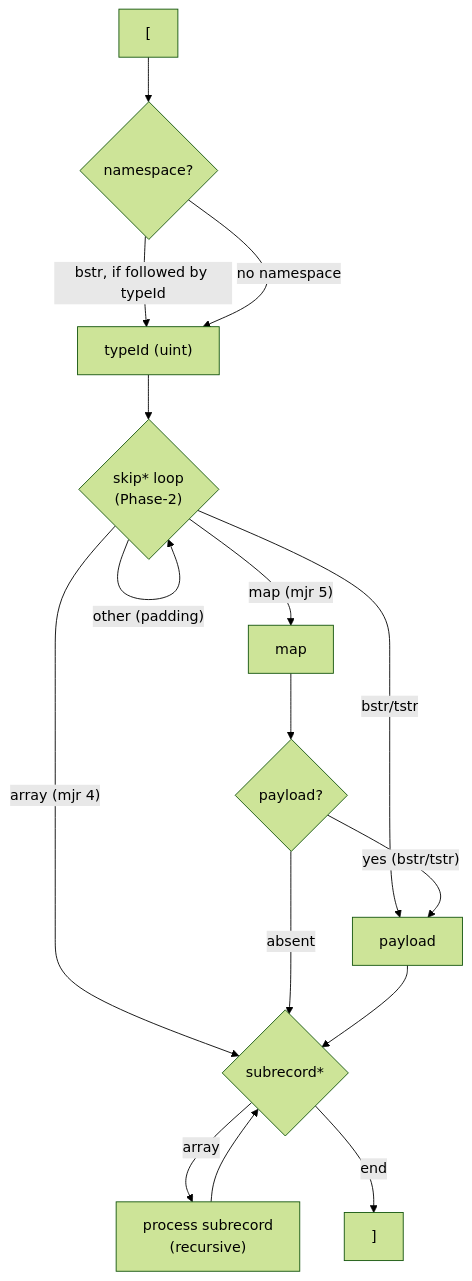
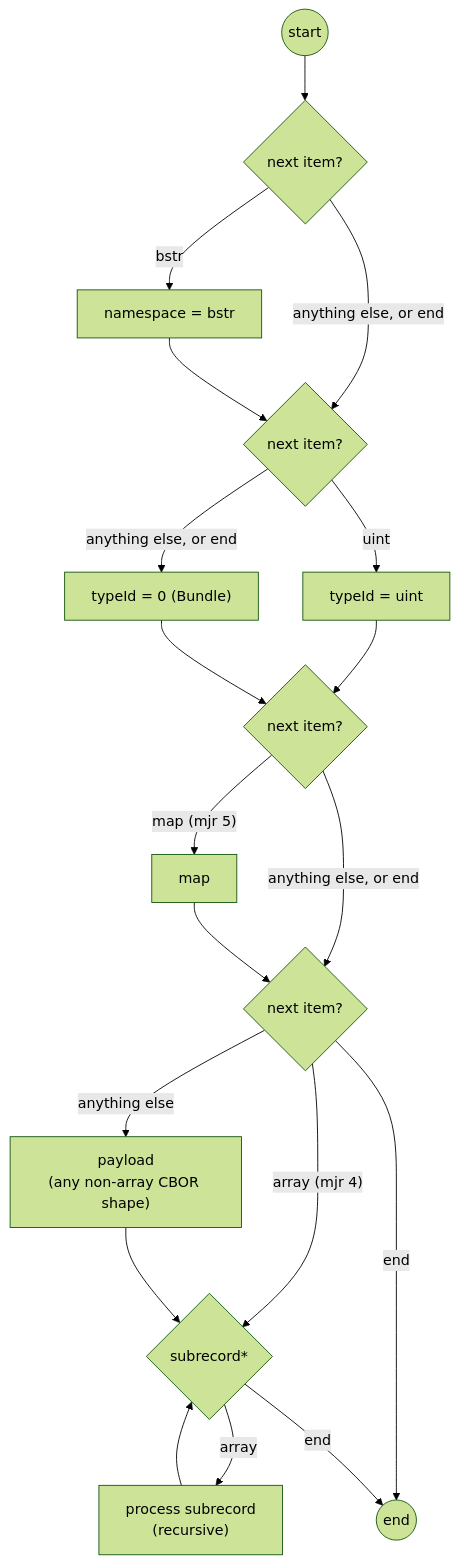
Before and after one commit to mofosyne/tagdrop: the diagram in QDEF-SPEC-cached.md, drawn with Mermaid (forest theme). The commit also changed other lines of this file and 4 other files, not shown here.

````diff
--- a/QDEF-SPEC-cached.md
+++ b/QDEF-SPEC-cached.md
@@ -204,21 +214,26 @@
 ```mermaid
 flowchart TD
-    Start["["] --> ns{"namespace?"}
-    ns -->|"bstr, if followed by typeId"| typeId["typeId (uint)"]
-    ns -->|"no namespace"| typeId
+    Start(("start")) --> ns{"next item?"}
+    ns -->|"bstr"| typeId["namespace = bstr"]
+    ns -->|"anything else, or end"| typeIdCheck
 
-    typeId --> skip{"skip* loop<br/>(Phase-2)"}
-    skip -->|"map (mjr 5)"| map["map"]
-    skip -->|"bstr/tstr"| payload["payload"]
-    skip -->|"array (mjr 4)"| subrecords
-    skip -->|"other (padding)"| skip
+    typeId --> typeIdCheck{"next item?"}
+    typeIdCheck -->|"uint"| typeIdFound["typeId = uint"]
+    typeIdCheck -->|"anything else, or end"| default["typeId = 0 (Bundle)"]
 
-    map --> afterMap{"payload?"}
-    afterMap -->|"yes (bstr/tstr)"| payload
-    afterMap -->|"absent"| subrecords
+    typeIdFound --> checkMap{"next item?"}
+    default --> checkMap
+
+    checkMap -->|"map (mjr 5)"| map["map"]
+    checkMap -->|"anything else, or end"| afterMap
+
+    map --> afterMap{"next item?"}
+    afterMap -->|"array (mjr 4)"| subrecords
+    afterMap -->|"anything else"| payload["payload<br/>(any non-array CBOR shape)"]
+    afterMap -->|"end"| End(("end"))
     payload --> subrecords
 
     subrecords{"subrecord*"} -->|"array"| process["process subrecord<br/>(recursive)"]
     process --> subrecords
-    subrecords -->|"end"| End["]"]
+    subrecords -->|"end"| End
 ```
````
